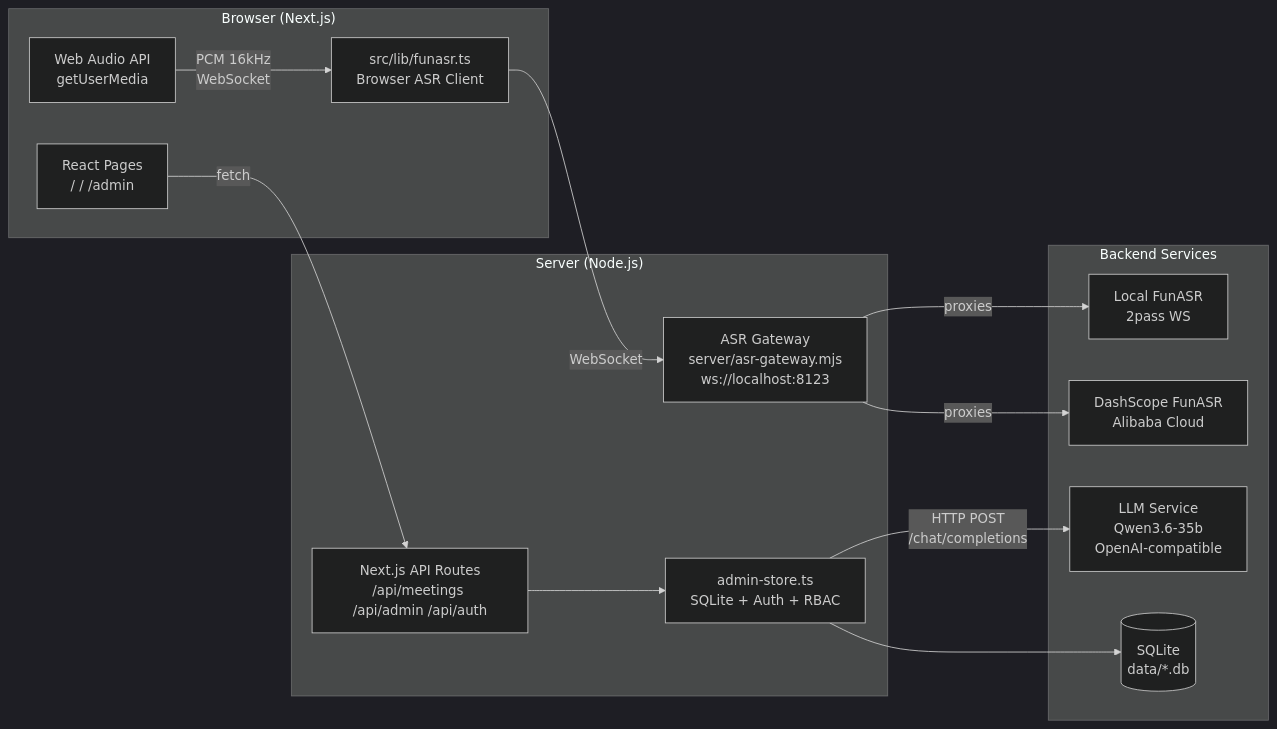
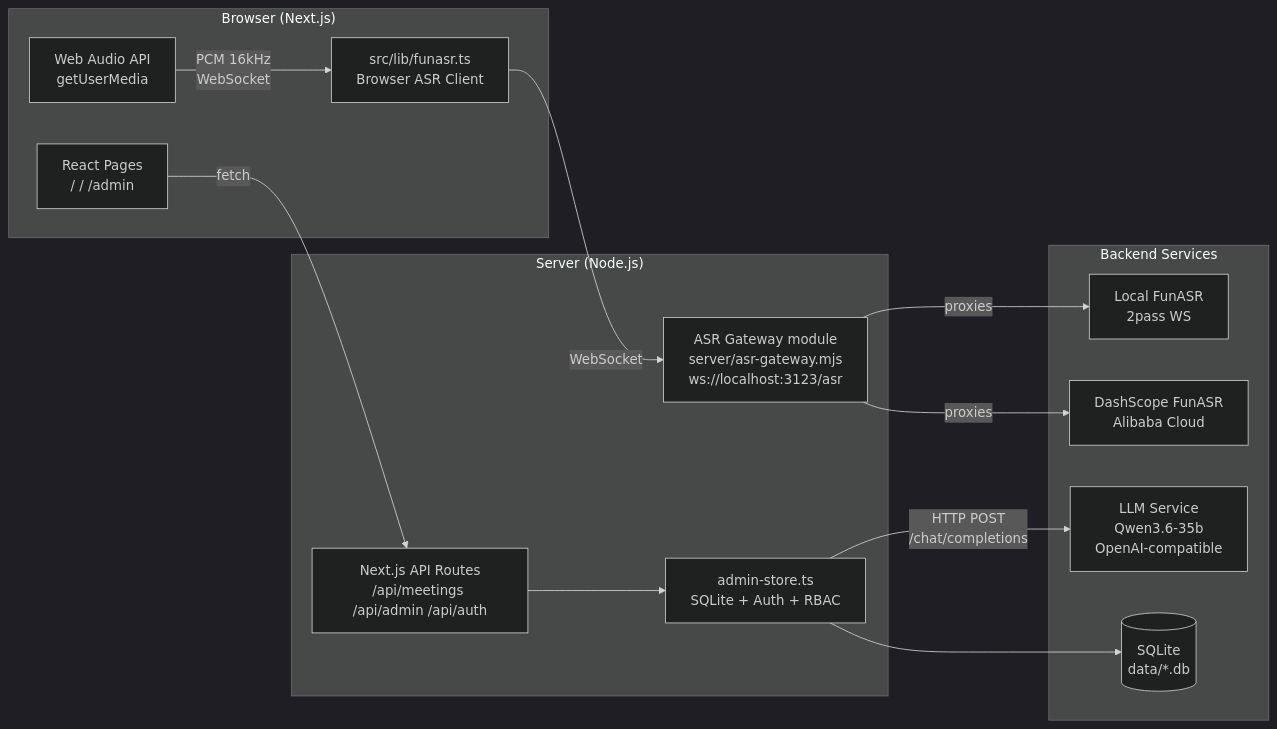
The diagram in README.md (ErixWong/meeting_asr_app), drawn with Mermaid (dark theme) before and after one commit. The commit also changed other lines of this file and 43 other files, not shown here.

````diff
--- a/README.md
+++ b/README.md
@@ -21,30 +21,30 @@
 ```mermaid
 flowchart LR
     subgraph Browser["Browser (Next.js)"]
         WA["Web Audio API<br/>getUserMedia"]
         FC["src/lib/funasr.ts<br/>Browser ASR Client"]
         UI["React Pages<br/>/ / /admin"]
     end
 
     subgraph Server["Server (Node.js)"]
-        GW["ASR Gateway<br/>server/asr-gateway.mjs<br/>ws://localhost:8123"]
+        GW["ASR Gateway module<br/>server/asr-gateway.mjs<br/>ws://localhost:3123/asr"]
         API["Next.js API Routes<br/>/api/meetings /api/admin /api/auth"]
         STORE["admin-store.ts<br/>SQLite + Auth + RBAC"]
     end
 
     subgraph Backend["Backend Services"]
         LFS["Local FunASR<br/>2pass WS"]
         DS["DashScope FunASR<br/>Alibaba Cloud"]
         LLM["LLM Service<br/>Qwen3.6-35b<br/>OpenAI-compatible"]
         DB[("SQLite<br/>data/*.db")]
     end
 
     WA -- "PCM 16kHz<br/>WebSocket" --> FC
     FC -- "WebSocket" --> GW
     GW -- "proxies" --> LFS
     GW -- "proxies" --> DS
     UI -- "fetch" --> API
     API --> STORE
     STORE --> DB
     STORE -- "HTTP POST<br/>/chat/completions" --> LLM
 ```
````
